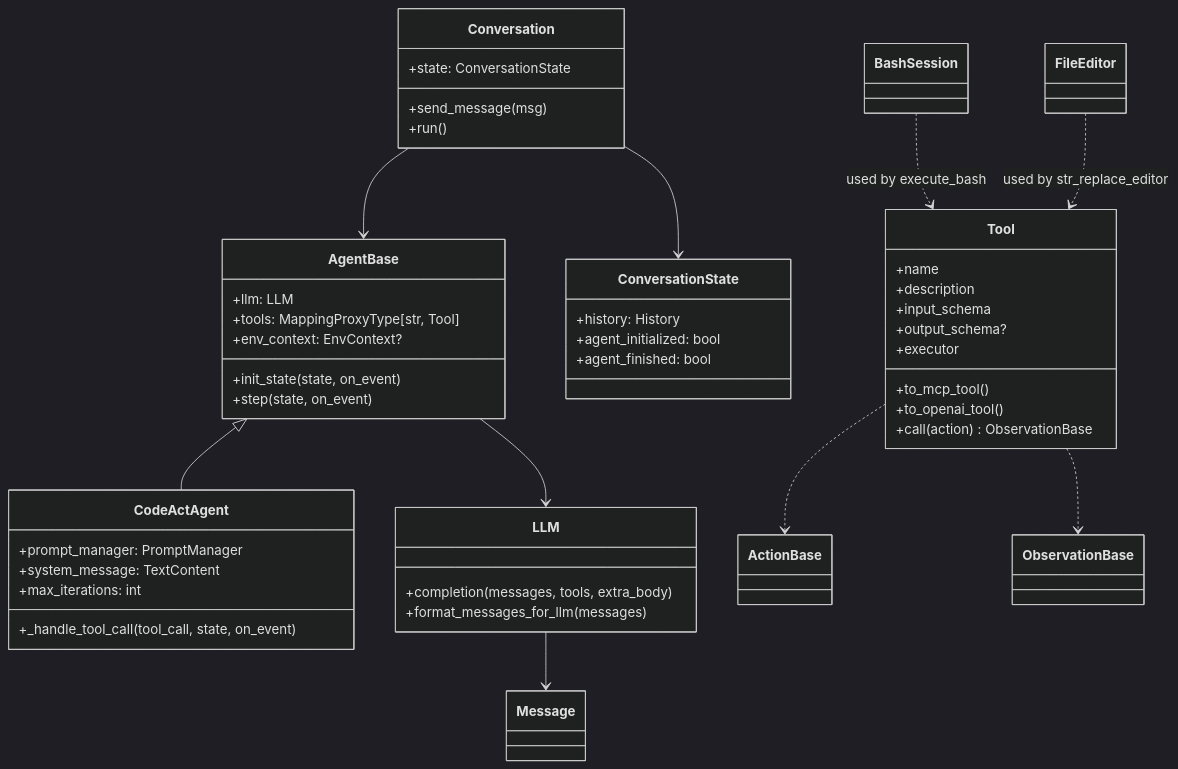
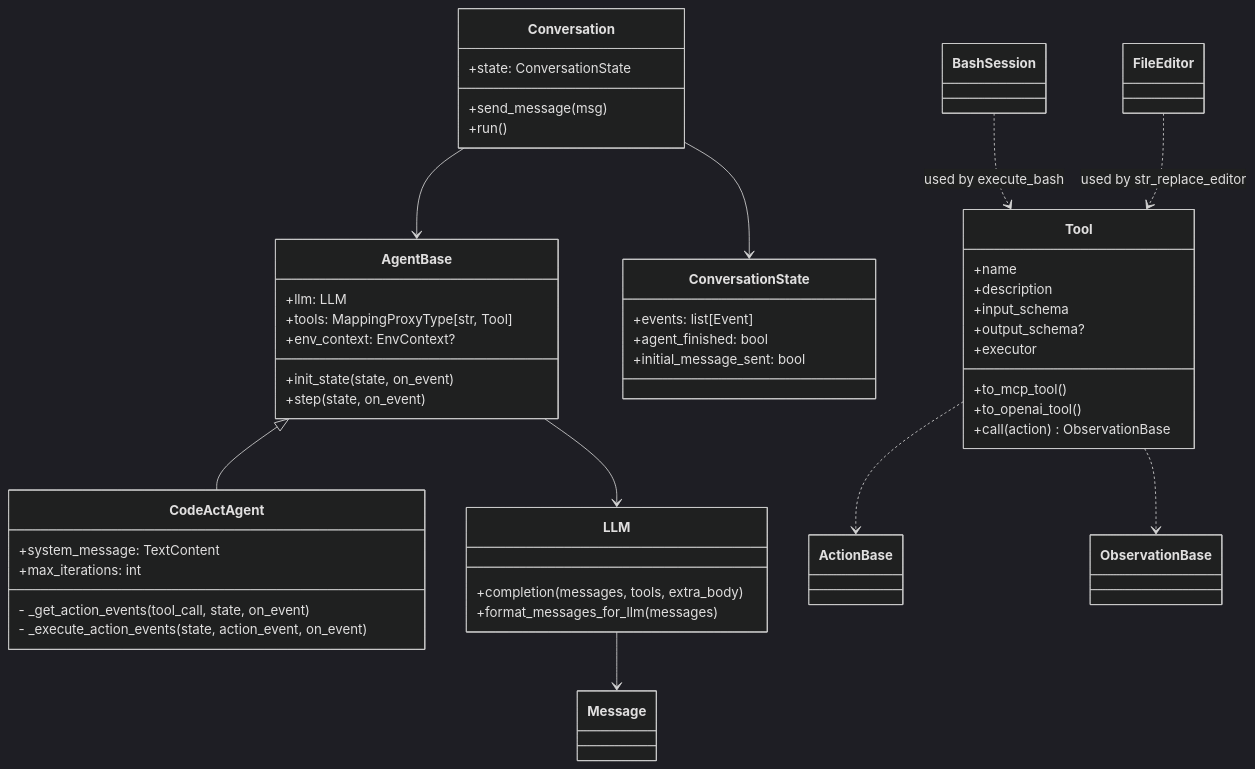
The second of 2 diagrams in docs/architecture-overview.md (enyst/agent-sdk), drawn with Mermaid (dark theme) before and after one commit.

Commit message:
docs: refine class diagram to match current CodeActAgent + ConversationState fields\n\nCo-authored-by: openhands <openhands@all-hands.dev>

````diff
--- a/docs/architecture-overview.md
+++ b/docs/architecture-overview.md
@@ -28,54 +28,54 @@
 ```mermaid
 classDiagram
   class AgentBase {
     +llm: LLM
     +tools: MappingProxyType[str, Tool]
     +env_context: EnvContext?
     +init_state(state, on_event)
     +step(state, on_event)
   }
   AgentBase <|-- CodeActAgent
   class CodeActAgent {
-    +prompt_manager: PromptManager
     +system_message: TextContent
     +max_iterations: int
-    +_handle_tool_call(tool_call, state, on_event)
+    - _get_action_events(tool_call, state, on_event)
+    - _execute_action_events(state, action_event, on_event)
   }
   class Conversation {
     +state: ConversationState
     +send_message(msg)
     +run()
   }
   Conversation --> ConversationState
   Conversation --> AgentBase
   class ConversationState {
-    +history: History
-    +agent_initialized: bool
+    +events: list[Event]
     +agent_finished: bool
+    +initial_message_sent: bool
   }
   class LLM {
     +completion(messages, tools, extra_body)
     +format_messages_for_llm(messages)
   }
   AgentBase --> LLM
   class Message
   LLM --> Message
   class Tool {
     +name
     +description
     +input_schema
     +output_schema?
     +executor
     +to_mcp_tool()
     +to_openai_tool()
     +call(action) ObservationBase
   }
   class ActionBase
   class ObservationBase
   Tool ..> ActionBase
   Tool ..> ObservationBase
   class BashSession
   class FileEditor
   BashSession ..> Tool : used by execute_bash
   FileEditor ..> Tool : used by str_replace_editor
 ```
````
